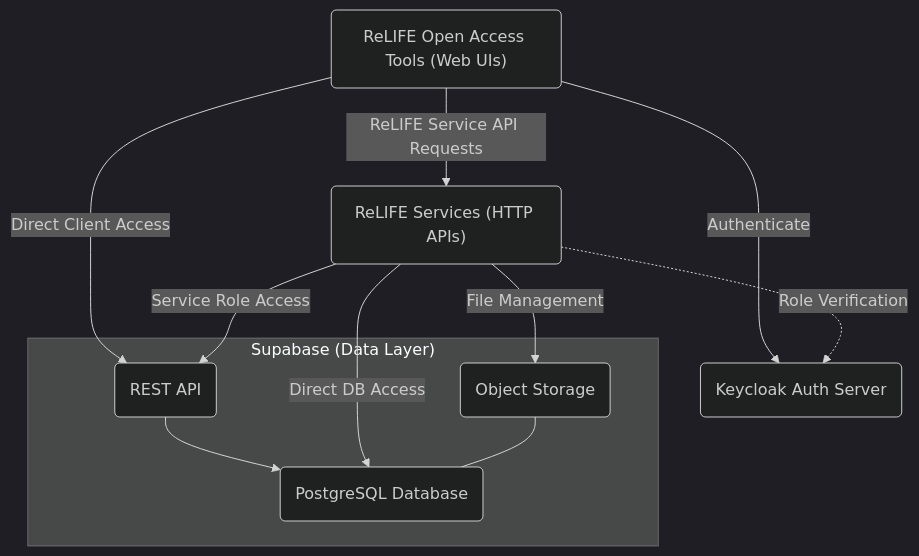
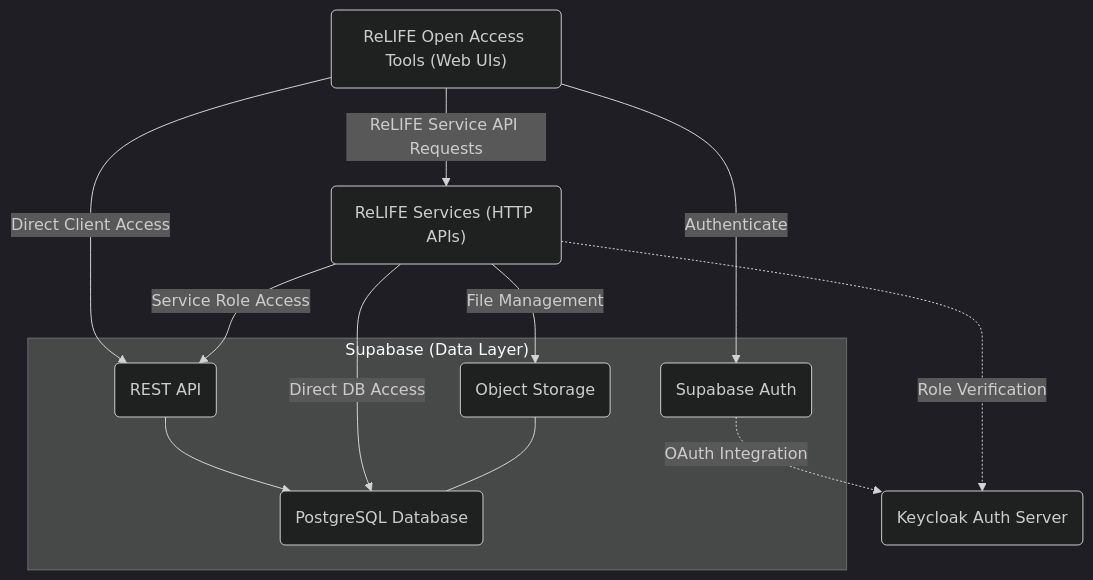
The diagram in README.md (ReLIFE-Project-EU/relife-platform-data-layer), drawn with Mermaid (dark theme) before and after one commit.

Commit message:
🩹 Fix issue in architectural diagram

````diff
--- a/README.md
+++ b/README.md
@@ -10,32 +10,26 @@
 ```mermaid
 flowchart TD
     %% Core Components
     Keycloak("Keycloak Auth Server")
     
     subgraph Supabase["Supabase (Data Layer)"]
         PostgreSQL("PostgreSQL Database")
         Storage("Object Storage")
         API("REST API")
+        Auth("Supabase Auth")
     end
     
     OAT("ReLIFE Open Access Tools (Web UIs)")
     Service("ReLIFE Services (HTTP APIs)")
     
-    OAT -->|"Authenticate"| Keycloak
-    
-    %% Two Access Alternatives
+    OAT -->|"Authenticate"| Auth
+    Auth -.->|"OAuth Integration"| Keycloak
     OAT -->|"Direct Client Access"| API
     OAT -->|"ReLIFE Service API Requests"| Service
     Service -->|"Service Role Access"| API
-    
-    %% Database Access
     API --> PostgreSQL
     Service -->|"Direct DB Access"| PostgreSQL
-    
-    %% Storage Access
     Service -->|"File Management"| Storage
-    
-    %% Relationships
     Storage --- PostgreSQL
     Service -.->|"Role Verification"| Keycloak
 ```
````
